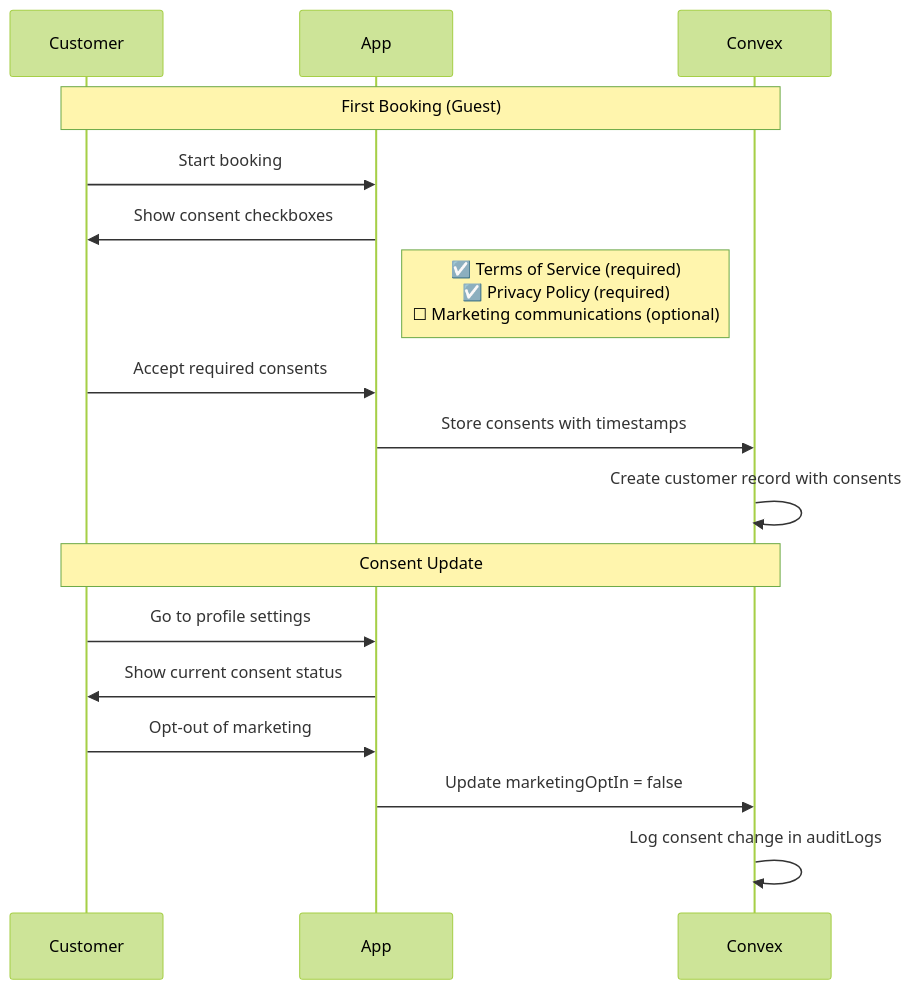
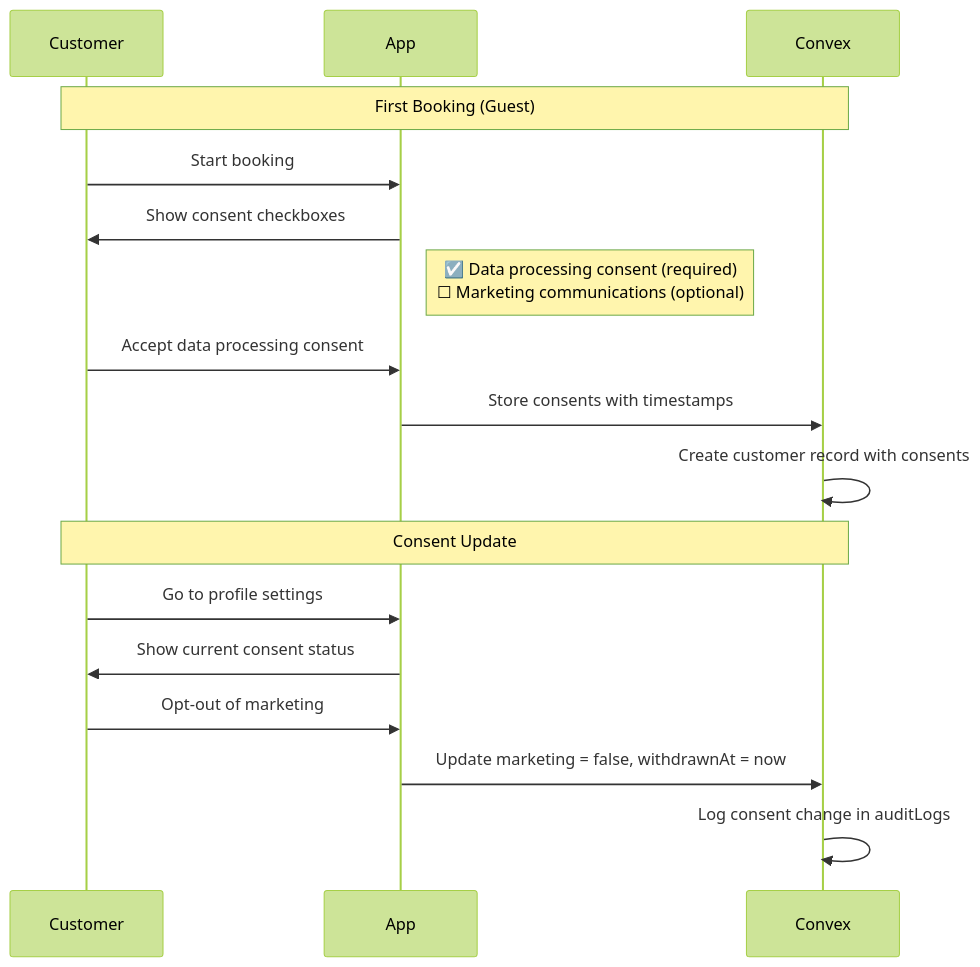
Before and after one commit to UnderprotectionDev/salon-management-saas: the third of 3 diagrams in docs/prd/04-technical/security.md, drawn with Mermaid (forest theme). The commit also changed other lines of this file and 57 other files, not shown here.

````diff
--- a/docs/prd/04-technical/security.md
+++ b/docs/prd/04-technical/security.md
@@ -428,21 +399,21 @@
 ```mermaid
 sequenceDiagram
     participant Customer
     participant App
     participant Convex
 
     Note over Customer,Convex: First Booking (Guest)
     Customer->>App: Start booking
     App->>Customer: Show consent checkboxes
-    Note right of App: ☑️ Terms of Service (required)<br/>☑️ Privacy Policy (required)<br/>☐ Marketing communications (optional)
-    Customer->>App: Accept required consents
+    Note right of App: ☑️ Data processing consent (required)<br/>☐ Marketing communications (optional)
+    Customer->>App: Accept data processing consent
     App->>Convex: Store consents with timestamps
     Convex->>Convex: Create customer record with consents
 
     Note over Customer,Convex: Consent Update
     Customer->>App: Go to profile settings
     App->>Customer: Show current consent status
     Customer->>App: Opt-out of marketing
-    App->>Convex: Update marketingOptIn = false
+    App->>Convex: Update marketing = false, withdrawnAt = now
     Convex->>Convex: Log consent change in auditLogs
 ```
````
